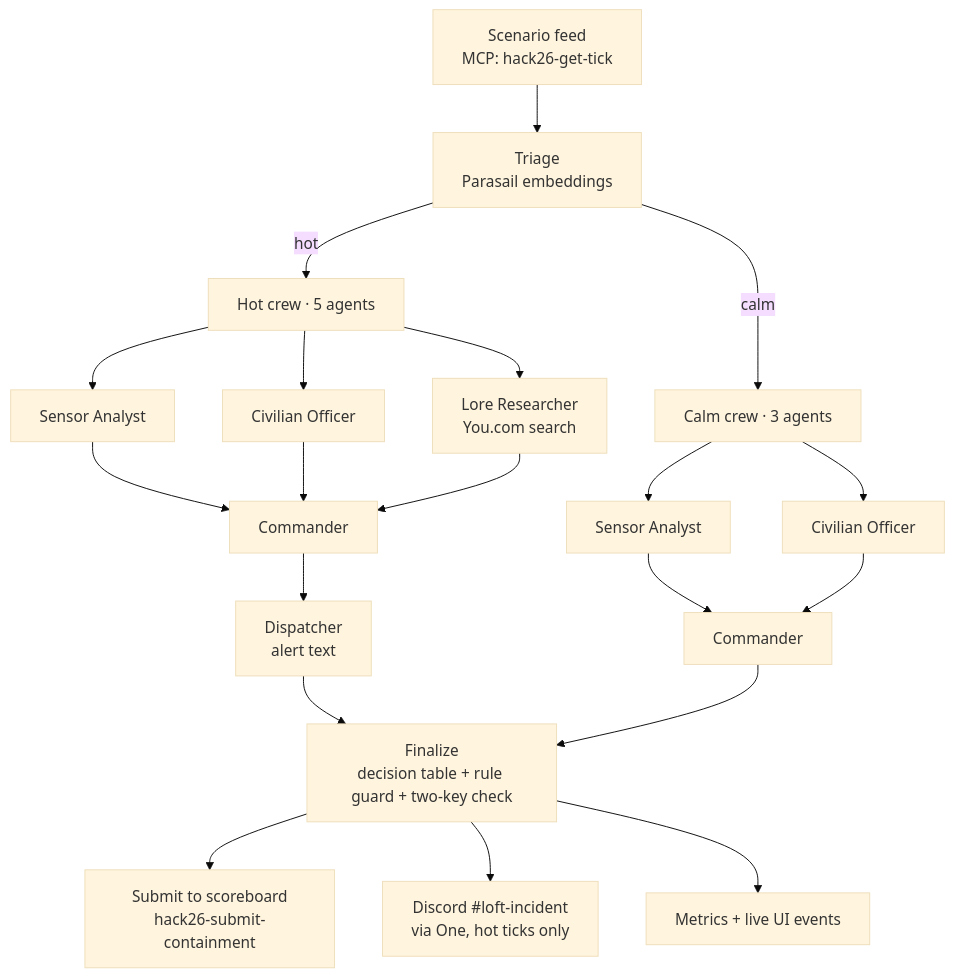
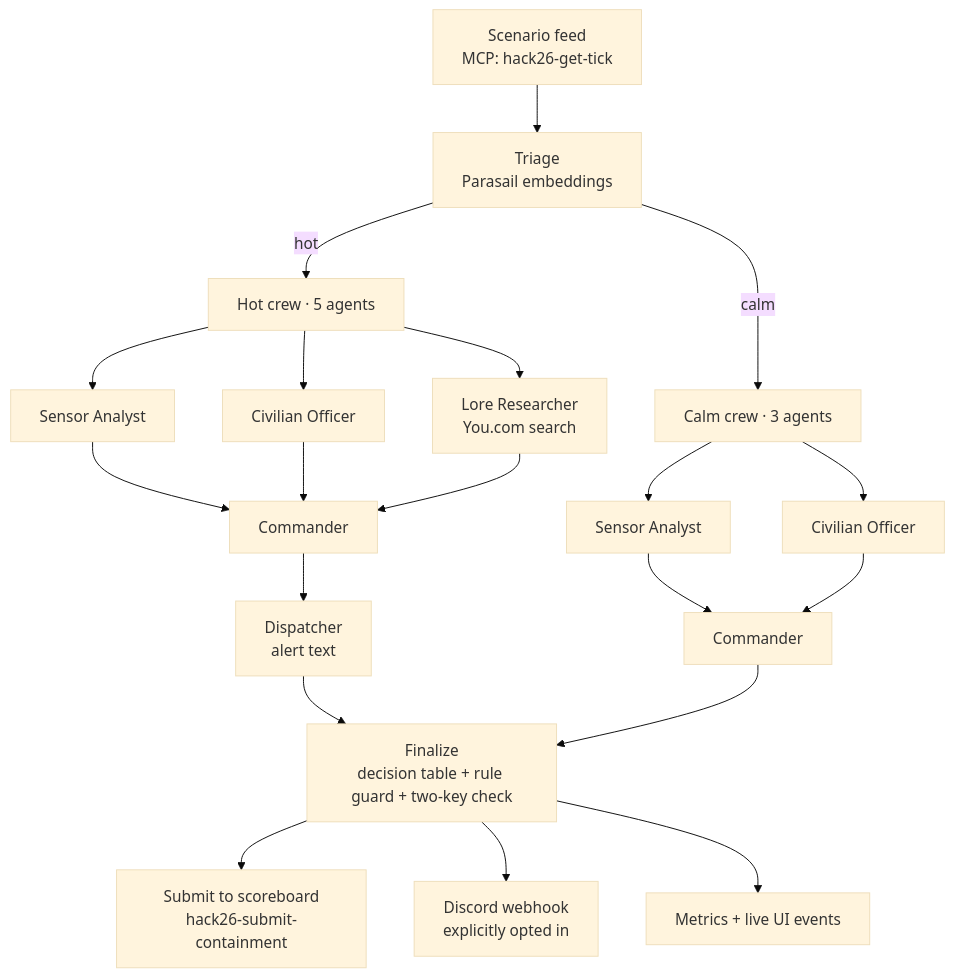
The diagram in README.md (rohith-200/HackwithYOU_Team_Spooky), drawn with Mermaid (base theme) before and after one commit. The commit also changed other lines of this file and 9 other files, not shown here.

````diff
--- a/README.md
+++ b/README.md
@@ -14,19 +14,19 @@
 ```mermaid
 flowchart TD
     F[Scenario feed<br/>MCP: hack26-get-tick] --> T[Triage<br/>Parasail embeddings]
     T -->|hot| H[Hot crew · 5 agents]
     T -->|calm| C[Calm crew · 3 agents]
     H --> S1[Sensor Analyst]
     H --> S2[Civilian Officer]
     H --> S3[Lore Researcher<br/>You.com search]
     S1 & S2 & S3 --> CMD[Commander]
     CMD --> DSP[Dispatcher<br/>alert text]
     C --> CS1[Sensor Analyst]
     C --> CS2[Civilian Officer]
     CS1 & CS2 --> CCMD[Commander]
     DSP --> FIN[Finalize<br/>decision table + rule guard + two-key check]
     CCMD --> FIN
     FIN --> SUB[Submit to scoreboard<br/>hack26-submit-containment]
-    FIN --> DIS[Discord #loft-incident<br/>via One, hot ticks only]
+    FIN --> DIS[Discord webhook<br/>explicitly opted in]
     FIN --> MET[Metrics + live UI events]
 ```
````
